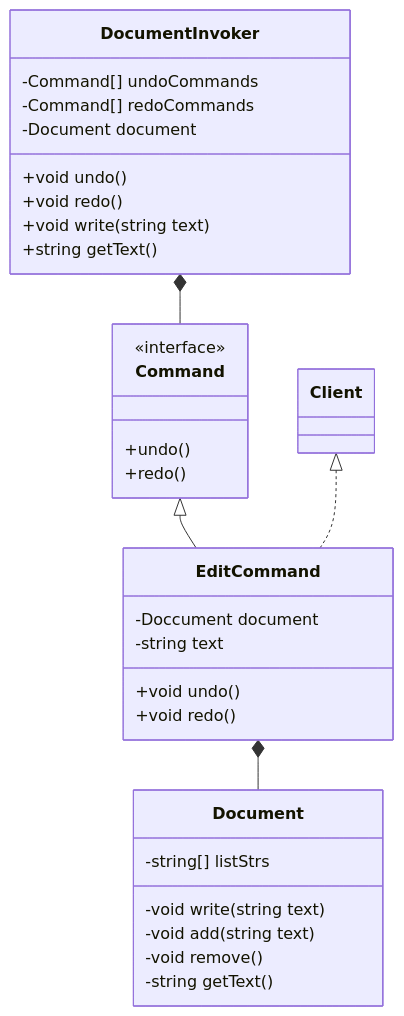
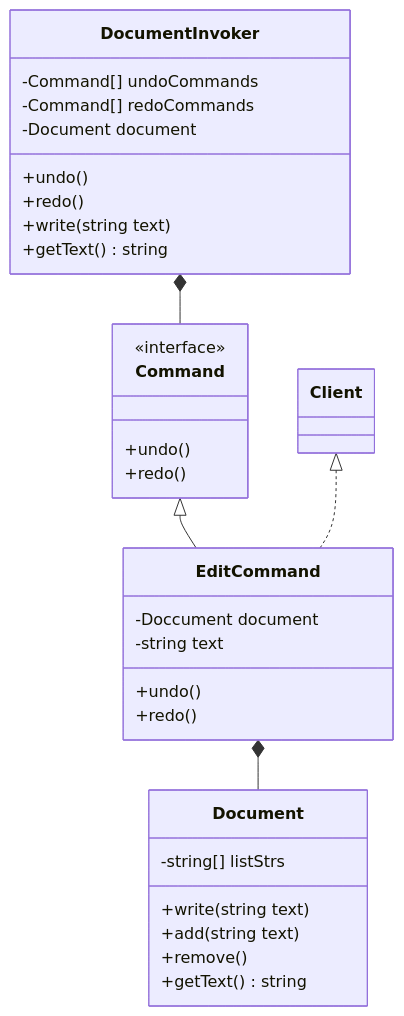
Before and after one commit to tungphan94/DesignPattern: the second of 2 diagrams in BehavioralPatterns/Command/README.md, drawn with Mermaid.

````diff
--- a/BehavioralPatterns/Command/README.md
+++ b/BehavioralPatterns/Command/README.md
@@ -46,37 +46,37 @@
 ```mermaid
 classDiagram
 
 class DocumentInvoker{
     -Command[] undoCommands
     -Command[] redoCommands
     -Document document
-    +void undo()
-    +void redo()
-    +void write(string text)
-    +string getText()
+    +undo()
+    +redo()
+    +write(string text)
+    +getText() string
           }
 class Command {
           <<interface>>
           +undo()
           +redo()        
           }
 class EditCommand {
           -Doccument document
           -string text
-          +void undo()
-          +void redo()
+          +undo()
+          +redo()
           }
 class Document {
         -string[] listStrs
-        -void write(string text)
-        -void add(string text)
-        -void remove()
-        -string getText()
+        +write(string text)
+        +add(string text)
+        +remove()
+        +getText() string
           }
 class Client {
           }          
 Command  <|-- EditCommand
 EditCommand *--Document
 DocumentInvoker *-- Command
  Client    <|.. EditCommand
 ```
````
